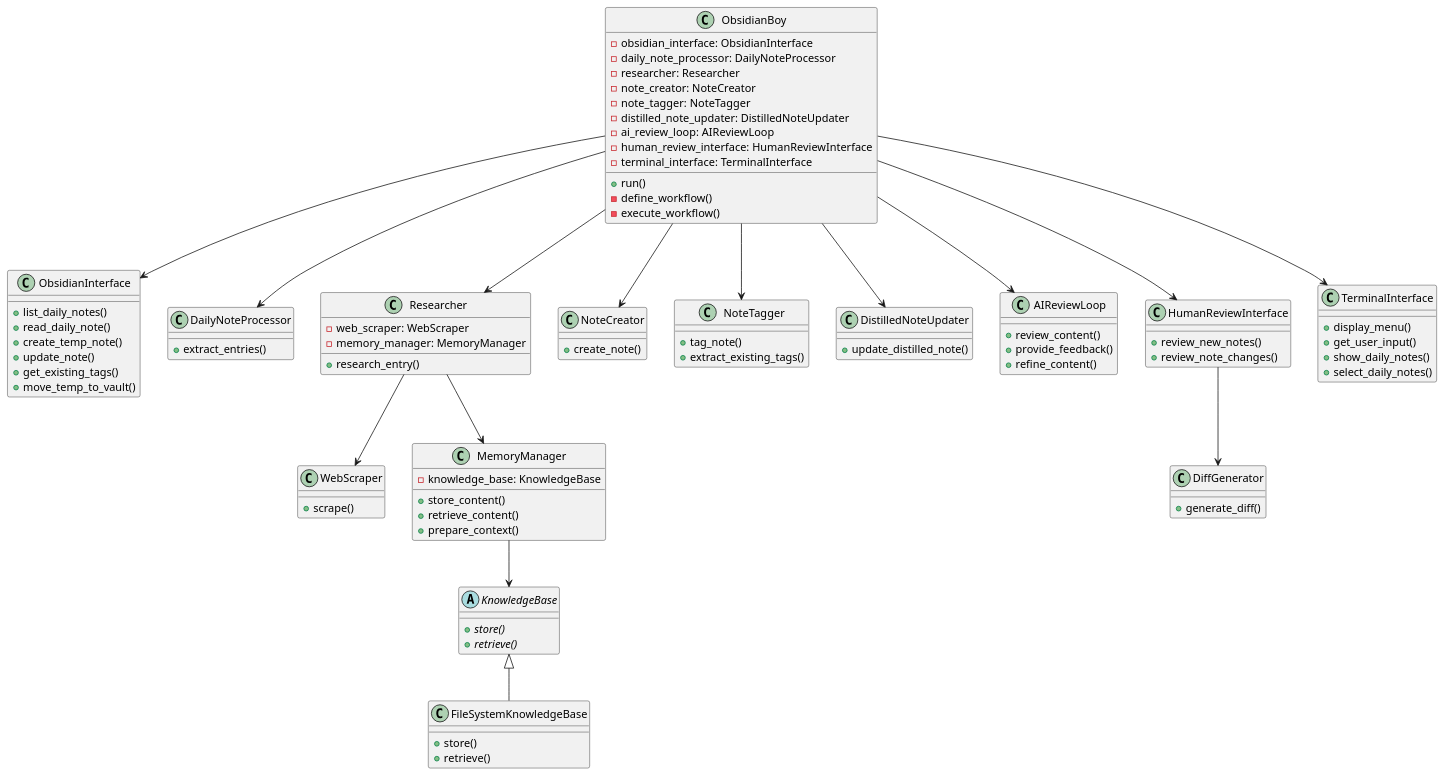
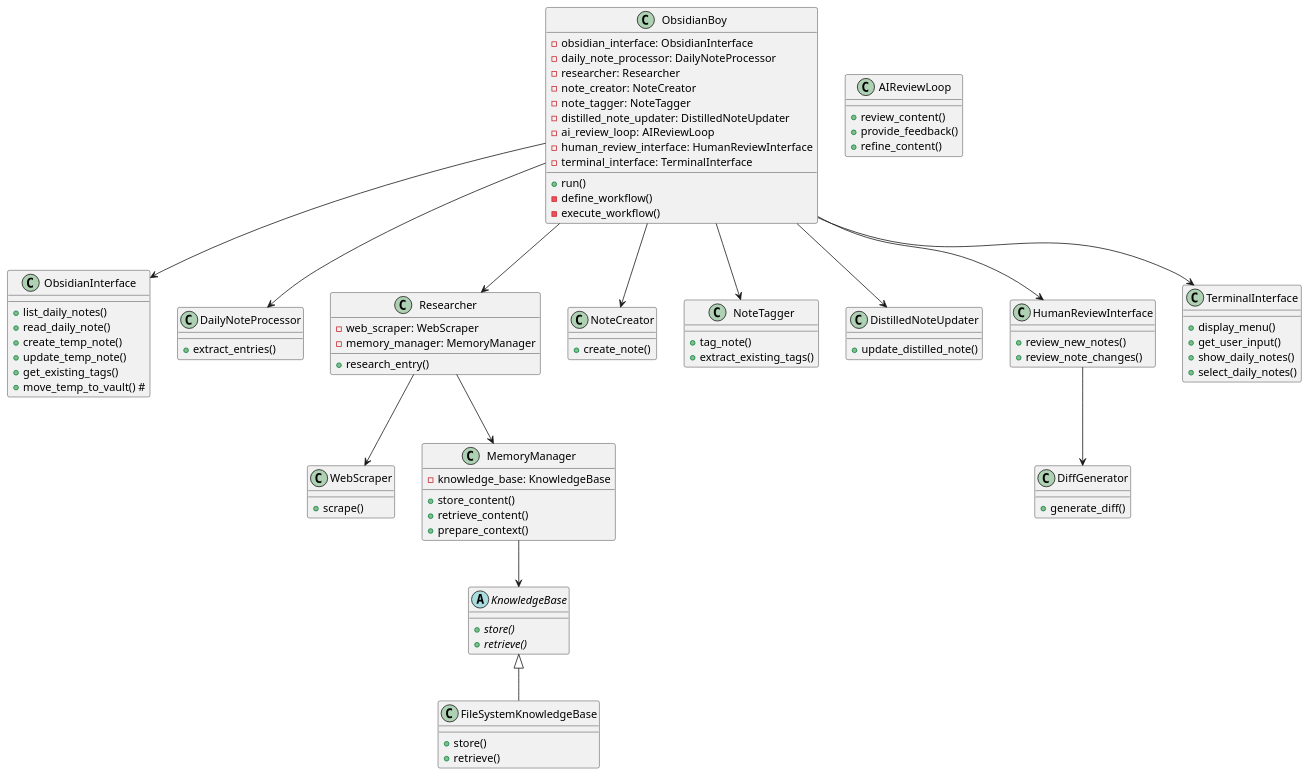
The diagram in docs/project.md (olafgeibig/obsidian-boy), drawn with PlantUML before and after one commit. The commit also changed other lines of this file and 35 other files, not shown here.

```diff
--- a/docs/project.md
+++ b/docs/project.md
@@ -47,9 +46,9 @@
   +list_daily_notes()
   +read_daily_note()
   +create_temp_note()
-  +update_note()
+  +update_temp_note()
   +get_existing_tags()
-  +move_temp_to_vault()
+  +move_temp_to_vault() #
 }
 class DailyNoteProcessor {
   +extract_entries()
@@ -111,7 +110,6 @@
 ObsidianBoy --> NoteCreator
 ObsidianBoy --> NoteTagger
 ObsidianBoy --> DistilledNoteUpdater
-ObsidianBoy --> AIReviewLoop
 ObsidianBoy --> HumanReviewInterface
 ObsidianBoy --> TerminalInterface
 Researcher --> WebScraper
```
